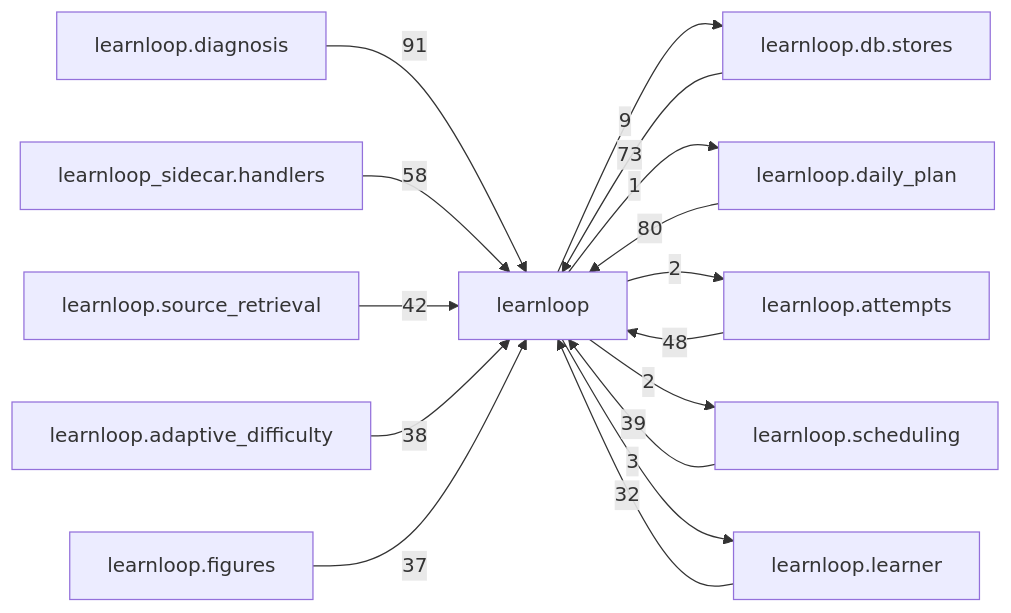
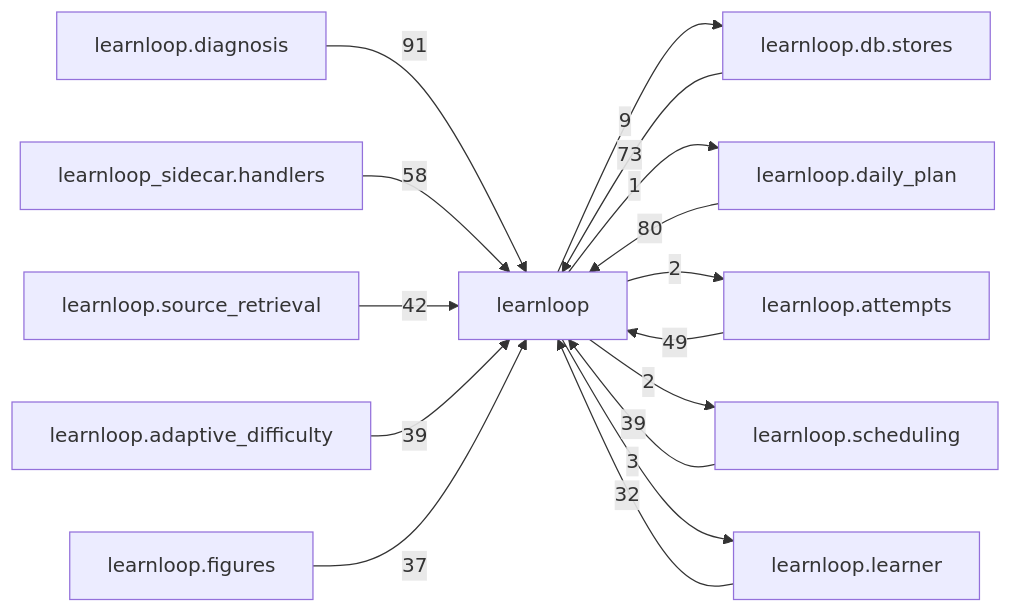
The diagram in docs/learnloop-architecture-vault/Reference/Modules/learnloop/_package.md (6up-b/learnanything), drawn with Mermaid before and after one commit. The commit also changed other lines of this file and 13 other files, not shown here.

````diff
--- a/docs/learnloop-architecture-vault/Reference/Modules/learnloop/_package.md
+++ b/docs/learnloop-architecture-vault/Reference/Modules/learnloop/_package.md
@@ -275,29 +275,29 @@
 ```mermaid
 flowchart LR
     center["learnloop"]
     n_learnloop_diagnosis["learnloop.diagnosis"]
     n_learnloop_db_stores["learnloop.db.stores"]
     n_learnloop_daily_plan["learnloop.daily_plan"]
     n_learnloop_sidecar_handlers["learnloop_sidecar.handlers"]
     n_learnloop_attempts["learnloop.attempts"]
     n_learnloop_source_retrieval["learnloop.source_retrieval"]
     n_learnloop_scheduling["learnloop.scheduling"]
     n_learnloop_adaptive_difficulty["learnloop.adaptive_difficulty"]
     n_learnloop_figures["learnloop.figures"]
     n_learnloop_learner["learnloop.learner"]
     n_learnloop_diagnosis -->|91| center
     n_learnloop_db_stores -->|73| center
     center -->|9| n_learnloop_db_stores
     n_learnloop_daily_plan -->|80| center
     center -->|1| n_learnloop_daily_plan
     n_learnloop_sidecar_handlers -->|58| center
-    n_learnloop_attempts -->|48| center
+    n_learnloop_attempts -->|49| center
     center -->|2| n_learnloop_attempts
     n_learnloop_source_retrieval -->|42| center
     n_learnloop_scheduling -->|39| center
     center -->|2| n_learnloop_scheduling
-    n_learnloop_adaptive_difficulty -->|38| center
+    n_learnloop_adaptive_difficulty -->|39| center
     n_learnloop_figures -->|37| center
     n_learnloop_learner -->|32| center
     center -->|3| n_learnloop_learner
 ```
````
